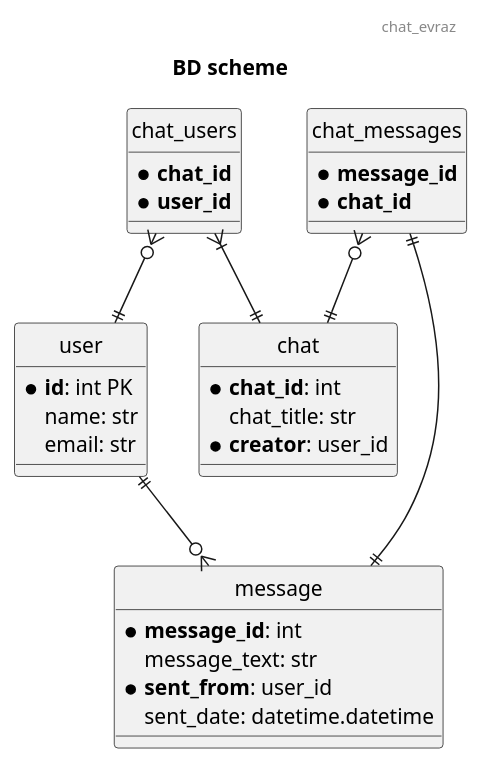
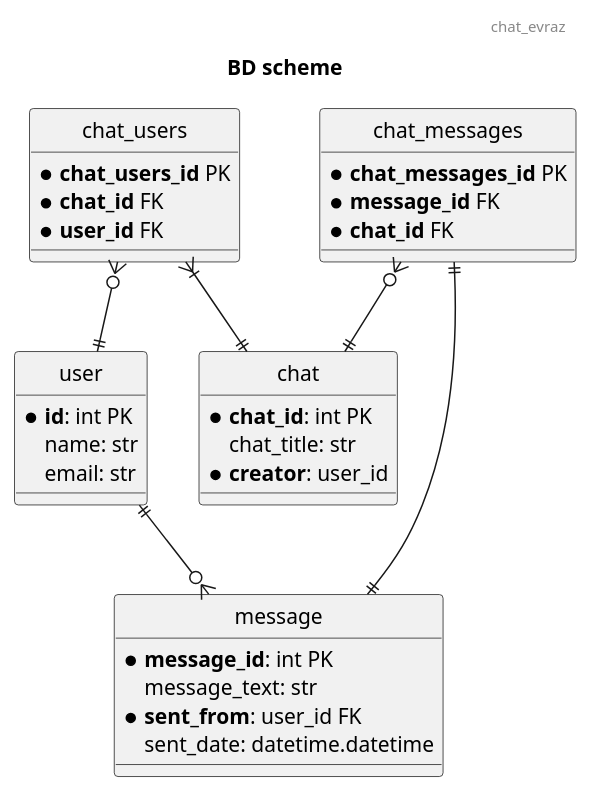
The diagram in project_for_evraz/docs/db_scheme.puml (RewCrew/pet_project_simple_chat), drawn with PlantUML before and after one commit. The commit also changed 1 other file, not shown here.

```diff
--- a/project_for_evraz/docs/db_scheme.puml
+++ b/project_for_evraz/docs/db_scheme.puml
@@ -1,48 +1,50 @@
 @startuml
 header  chat_evraz
 title BD scheme
 
 hide circle
 
 
 
 
 entity message {
-    * **message_id**: int
+    * **message_id**: int PK
     message_text: str
-    * **sent_from**: user_id
+    * **sent_from**: user_id FK
     sent_date: datetime.datetime
     }
 
 entity chat {
-    * **chat_id**: int
+    * **chat_id**: int PK
     chat_title: str
     * **creator**: user_id
 
 }
 
 entity user {
     * **id**: int PK
      name: str
      email: str
 }
 
 entity chat_messages{
-    * **message_id**
-    * **chat_id**
+    * **chat_messages_id** PK
+    * **message_id** FK
+    * **chat_id** FK
 }
 
 entity chat_users{
-    * **chat_id**
-    * **user_id**
+    * **chat_users_id** PK
+    * **chat_id** FK
+    * **user_id** FK
 }
 
 chat_messages ||--|| message
 chat_messages }o--|| chat
 
 chat_users }o--|| user
 chat_users }|--|| chat
 user ||--o{ message
 
 
 @enduml
```
